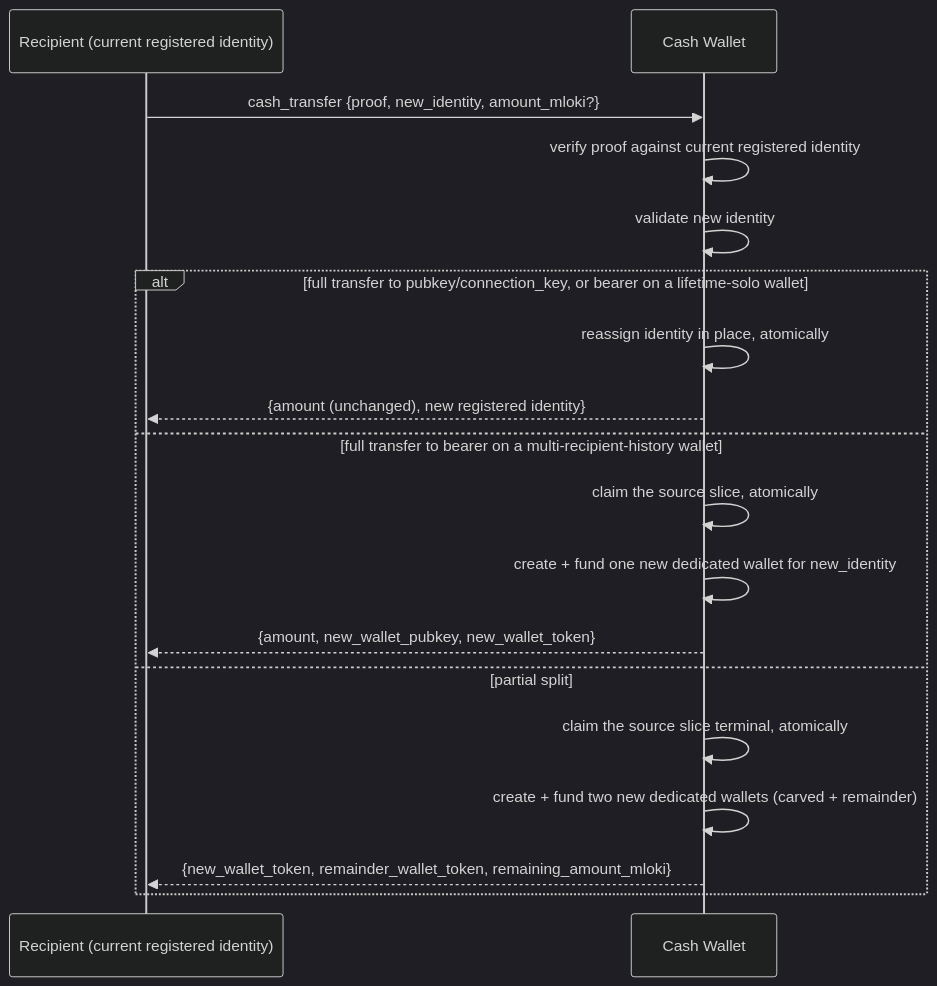
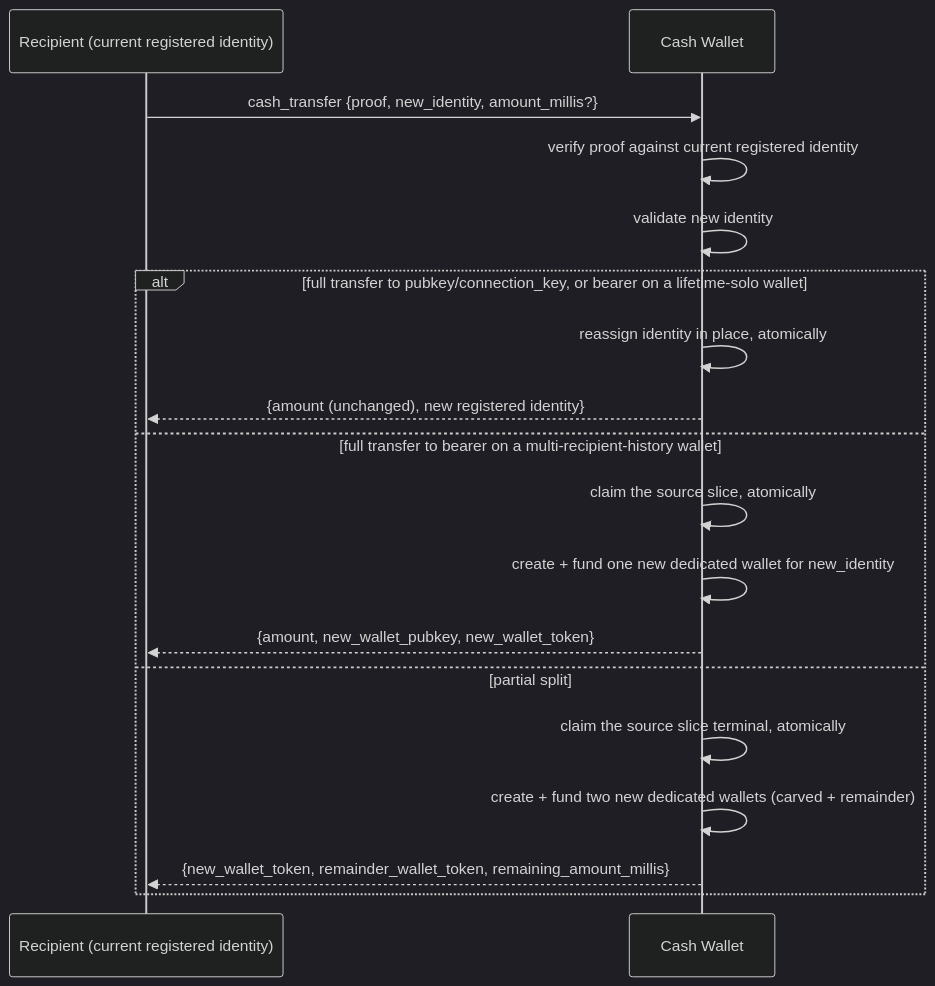
The fourth of 8 diagrams in docs/nips/NIP-CASH.md (flokiorg/lokihub), drawn with Mermaid (dark theme) before and after one commit. The commit also changed other lines of this file and 38 other files, not shown here.

````diff
--- a/docs/nips/NIP-CASH.md
+++ b/docs/nips/NIP-CASH.md
@@ -508,21 +512,21 @@
 ```mermaid
 sequenceDiagram
     participant Caller as Recipient (current registered identity)
     participant Wallet as Cash Wallet
 
-    Caller->>Wallet: cash_transfer {proof, new_identity, amount_mloki?}
+    Caller->>Wallet: cash_transfer {proof, new_identity, amount_millis?}
     Wallet->>Wallet: verify proof against current registered identity
     Wallet->>Wallet: validate new identity
     alt full transfer to pubkey/connection_key, or bearer on a lifetime-solo wallet
         Wallet->>Wallet: reassign identity in place, atomically
         Wallet-->>Caller: {amount (unchanged), new registered identity}
     else full transfer to bearer on a multi-recipient-history wallet
         Wallet->>Wallet: claim the source slice, atomically
         Wallet->>Wallet: create + fund one new dedicated wallet for new_identity
         Wallet-->>Caller: {amount, new_wallet_pubkey, new_wallet_token}
     else partial split
         Wallet->>Wallet: claim the source slice terminal, atomically
         Wallet->>Wallet: create + fund two new dedicated wallets (carved + remainder)
-        Wallet-->>Caller: {new_wallet_token, remainder_wallet_token, remaining_amount_mloki}
+        Wallet-->>Caller: {new_wallet_token, remainder_wallet_token, remaining_amount_millis}
     end
 ```
````
